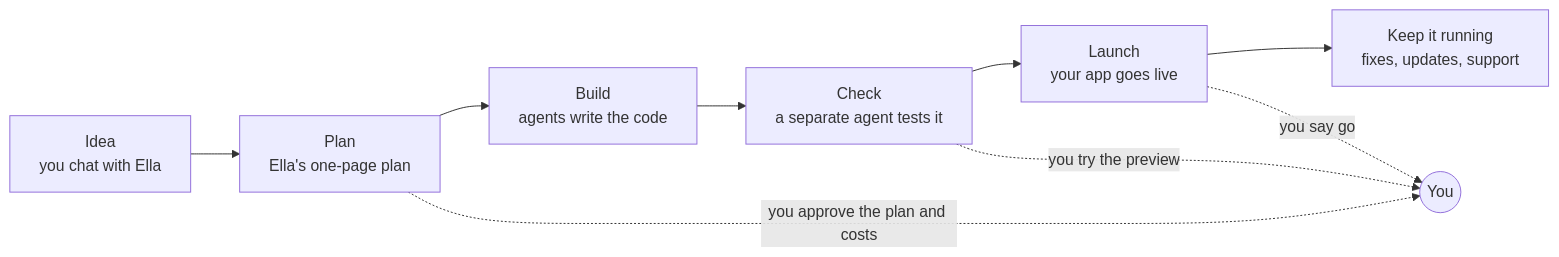
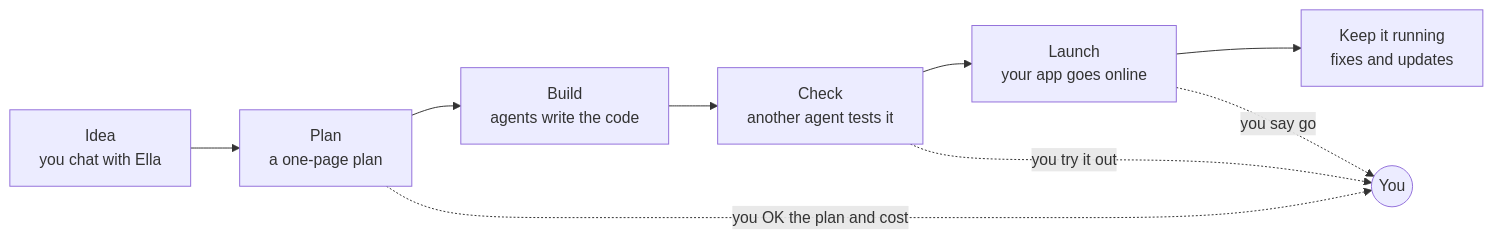
One commit to vibhortayal/agentic-team-oss changed the diagram in README.md. Above: the diagram before and after it, drawn with Mermaid. The commit also changed other lines of this file, not shown here.

````diff
--- a/README.md
+++ b/README.md
@@ -36,11 +46,11 @@
 ```mermaid
 flowchart LR
-  A["Idea<br/>you chat with Ella"] --> B["Plan<br/>Ella's one-page plan"]
+  A["Idea<br/>you chat with Ella"] --> B["Plan<br/>a one-page plan"]
   B --> C["Build<br/>agents write the code"]
-  C --> D["Check<br/>a separate agent tests it"]
-  D --> E["Launch<br/>your app goes live"]
-  E --> F["Keep it running<br/>fixes, updates, support"]
-  B -. "you approve the plan and costs" .-> Y((You))
-  D -. "you try the preview" .-> Y
+  C --> D["Check<br/>another agent tests it"]
+  D --> E["Launch<br/>your app goes online"]
+  E --> F["Keep it running<br/>fixes and updates"]
+  B -. "you OK the plan and cost" .-> Y((You))
+  D -. "you try it out" .-> Y
   E -. "you say go" .-> Y
 ```
````
